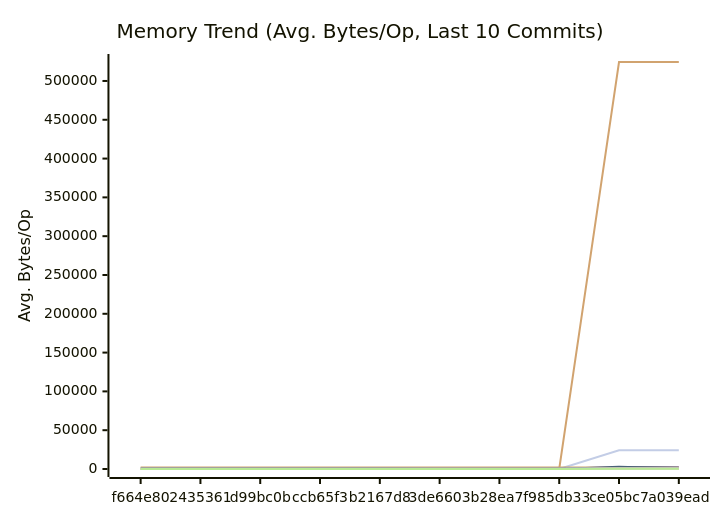
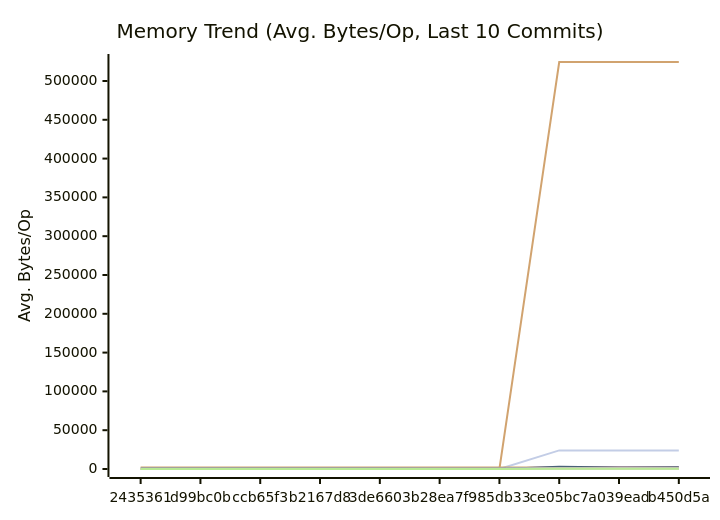
Before and after one commit to alsotoes/momo: the second of 3 diagrams in docs/PERFORMANCE.md, drawn with Mermaid. The commit also changed other lines of this file and 6 other files, not shown here.

Commit message:
docs: mark momofs R4 implemented — ROADMAP + docs/momofs status (#932)

````diff
--- a/docs/PERFORMANCE.md
+++ b/docs/PERFORMANCE.md
@@ -300,42 +300,42 @@
 ```mermaid
 xychart-beta
     title "Memory Trend (Avg. Bytes/Op, Last 10 Commits)"
     x-axis "Commit"
     y-axis "Avg. Bytes/Op"
-    x-axis [f664e80,2435361,d99bc0b,ccb65f3,b2167d8,3de6603,b28ea7f,985db33,ce05bc7,a039ead]
-    line "AWSChunkedReaderSigned" [159,149,147,134,152,136,134,143,153,142]
-    line "AWSChunkedReaderUnsigned" [166,153,141,129,158,155,142,153,162,145]
+    x-axis [2435361,d99bc0b,ccb65f3,b2167d8,3de6603,b28ea7f,985db33,ce05bc7,a039ead,b450d5a]
+    line "AWSChunkedReaderSigned" [149,147,134,152,136,134,143,153,142,131]
+    line "AWSChunkedReaderUnsigned" [153,141,129,158,155,142,153,162,145,130]
     line "CheckMetricsAndSwap" [0,0,0,0,0,0,0,0,0,0]
     line "CrushOptimized" [0,0,0,0,0,0,0,0,0,0]
     line "CrushOriginal" [164,164,164,164,164,164,164,164,164,164]
-    line "FormatListObjectsV2XML_AppendFormat" [0,0,0,0,0,0,0,0,524440,524442]
-    line "FormatListObjectsV2XML_OldFormat" [0,0,0,0,0,0,0,0,24000,24000]
-    line "HashBytes/1MiB" [0,0,0,0,0,0,0,0,356,303]
-    line "HashBytes/256MiB" [0,0,0,0,0,0,0,0,301,330]
-    line "HashBytes/64MiB" [0,0,0,0,0,0,0,0,351,280]
-    line "HashFile/1MiB" [0,0,0,0,0,0,0,0,305,271]
-    line "HashFile/256MiB" [0,0,0,0,0,0,0,0,298,291]
-    line "HashFile/64MiB" [0,0,0,0,0,0,0,0,332,283]
+    line "FormatListObjectsV2XML_AppendFormat" [0,0,0,0,0,0,0,524440,524442,524457]
+    line "FormatListObjectsV2XML_OldFormat" [0,0,0,0,0,0,0,24000,24000,24000]
+    line "HashBytes/1MiB" [0,0,0,0,0,0,0,356,303,257]
+    line "HashBytes/256MiB" [0,0,0,0,0,0,0,301,330,286]
+    line "HashBytes/64MiB" [0,0,0,0,0,0,0,351,280,291]
+    line "HashFile/1MiB" [0,0,0,0,0,0,0,305,271,267]
+    line "HashFile/256MiB" [0,0,0,0,0,0,0,298,291,174]
+    line "HashFile/64MiB" [0,0,0,0,0,0,0,332,283,240]
     line "IndexDirectTracking" [0,0,0,0,0,0,0,0,0,0]
     line "IndexSearch" [0,0,0,0,0,0,0,0,0,0]
-    line "LoadGlobalConfig" [1848,1848,1848,1848,1848,1848,1848,1848,1976,1976]
-    line "LocalWrite/1MiB" [0,0,0,0,0,0,0,0,2714,1959]
-    line "LocalWrite/256MiB" [0,0,0,0,0,0,0,0,2563,2177]
-    line "LocalWrite/64MiB" [0,0,0,0,0,0,0,0,2789,1880]
+    line "LoadGlobalConfig" [1848,1848,1848,1848,1848,1848,1848,1976,1976,1976]
+    line "LocalWrite/1MiB" [0,0,0,0,0,0,0,2714,1959,1683]
+    line "LocalWrite/256MiB" [0,0,0,0,0,0,0,2563,2177,2270]
+    line "LocalWrite/64MiB" [0,0,0,0,0,0,0,2789,1880,2221]
     line "PadString" [64,64,64,64,64,64,64,64,64,64]
     line "ParseReplicationOrder_NoPrealloc" [408,408,408,408,408,248,248,248,248,248]
     line "ParseReplicationOrder_Prealloc" [240,240,240,240,240,80,80,80,80,80]
-    line "Placement" [0,0,0,0,0,0,0,0,352,352]
-    line "PlacementDomainSpread" [0,0,0,0,0,0,0,0,352,352]
-    line "ReadVerify/1MiB" [0,0,0,0,0,0,0,0,316,252]
-    line "ReadVerify/256MiB" [0,0,0,0,0,0,0,0,322,287]
-    line "ReadVerify/64MiB" [0,0,0,0,0,0,0,0,316,322]
-    line "S3PutSpool/1MiB" [0,0,0,0,0,0,0,0,287,281]
-    line "S3PutSpool/256MiB" [0,0,0,0,0,0,0,0,254,245]
-    line "S3PutSpool/64MiB" [0,0,0,0,0,0,0,0,222,269]
+    line "Placement" [0,0,0,0,0,0,0,352,352,352]
+    line "PlacementDomainSpread" [0,0,0,0,0,0,0,352,352,352]
+    line "ReadVerify/1MiB" [0,0,0,0,0,0,0,316,252,237]
+    line "ReadVerify/256MiB" [0,0,0,0,0,0,0,322,287,256]
+    line "ReadVerify/64MiB" [0,0,0,0,0,0,0,316,322,241]
+    line "S3PutSpool/1MiB" [0,0,0,0,0,0,0,287,281,227]
+    line "S3PutSpool/256MiB" [0,0,0,0,0,0,0,254,245,213]
+    line "S3PutSpool/64MiB" [0,0,0,0,0,0,0,222,269,234]
     line "SanitizeLog/Safe" [0,0,0,0,0,0,0,0,0,0]
     line "SanitizeLog/Unsafe" [704,704,704,704,704,704,704,704,704,704]
-    line "TrustedRead/1MiB" [0,0,0,0,0,0,0,0,297,289]
-    line "TrustedRead/256MiB" [0,0,0,0,0,0,0,0,283,315]
-    line "TrustedRead/64MiB" [0,0,0,0,0,0,0,0,308,244]
+    line "TrustedRead/1MiB" [0,0,0,0,0,0,0,297,289,226]
+    line "TrustedRead/256MiB" [0,0,0,0,0,0,0,283,315,219]
+    line "TrustedRead/64MiB" [0,0,0,0,0,0,0,308,244,238]
 ```
````
